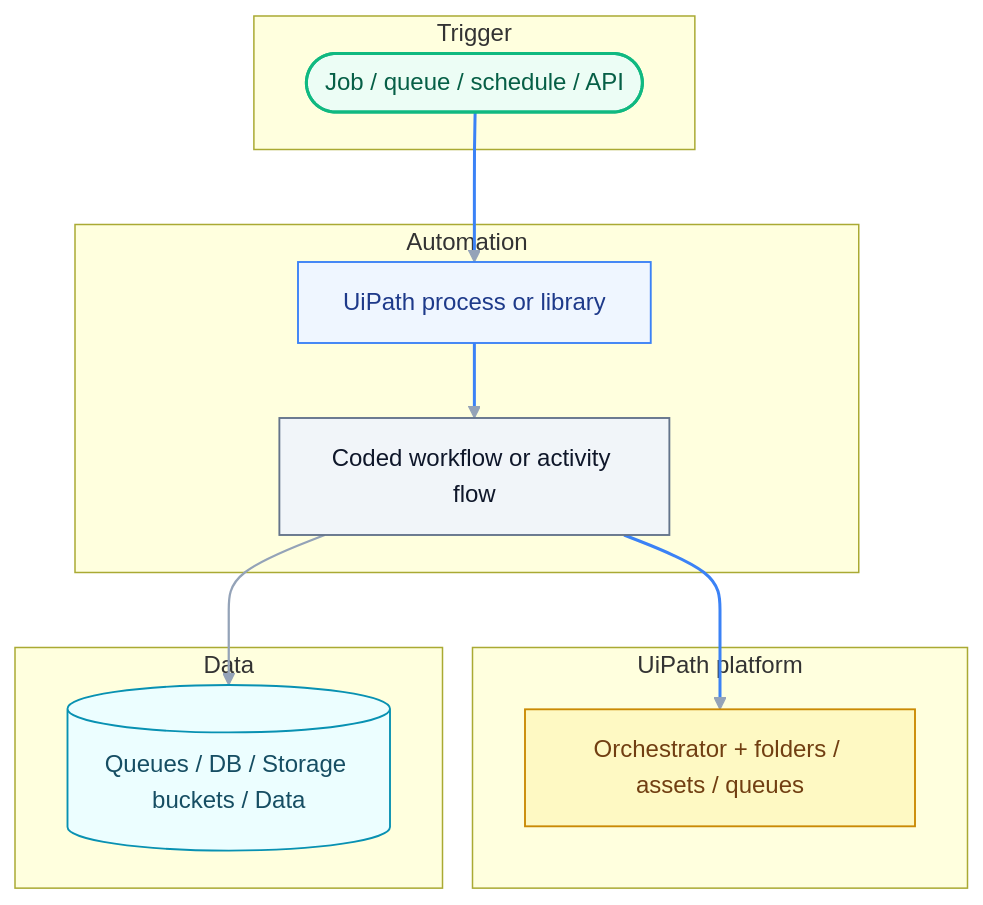
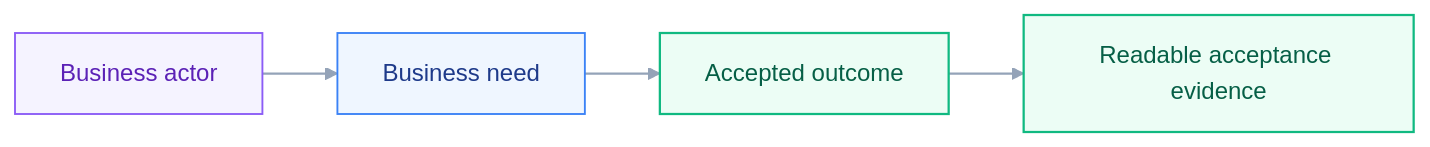
The first of 2 diagrams in templates/uiplan/_spec-template.md (DanielaRosenn/uiplan-agent-of-agents), drawn with Mermaid before and after one commit. The commit also changed other lines of this file and 6 other files, not shown here.

First line of the commit message:
uiplan: keep spec lightweight and human-readable

````diff
--- a/templates/uiplan/_spec-template.md
+++ b/templates/uiplan/_spec-template.md
@@ -83,29 +89,13 @@
 ```mermaid
-flowchart TB
-  subgraph Entry["Trigger"]
-    Trig([Job / queue / schedule / API]):::start
-  end
-  subgraph Auto["Automation"]
-    Pkg[UiPath process or library]:::service
-    Logic[Coded workflow or activity flow]:::process
-  end
-  subgraph Platform["UiPath platform"]
-    Orch[Orchestrator + folders / assets / queues]:::external
-  end
-  subgraph Persistence["Data"]
-    Store[(Queues / DB / Storage buckets / Data)]:::data
-  end
-  Trig --> Pkg
-  Pkg --> Logic
-  Logic --> Orch
-  Logic --> Store
-
-  classDef start    fill:#ECFDF5,stroke:#10B981,color:#065F46,stroke-width:2px
-  classDef service  fill:#EFF6FF,stroke:#3B82F6,color:#1E3A8A,stroke-width:1.25px
-  classDef process  fill:#F1F5F9,stroke:#64748B,color:#0F172A,stroke-width:1.25px
-  classDef external fill:#FEF9C3,stroke:#CA8A04,color:#713F12,stroke-width:1.25px
-  classDef data     fill:#ECFEFF,stroke:#0891B2,color:#164E63,stroke-width:1.25px
-
+flowchart LR
+  Actor[Business actor] --> Need[Business need]
+  Need --> Outcome[Accepted outcome]
+  Outcome --> Evidence[Readable acceptance evidence]
+  classDef human fill:#F5F3FF,stroke:#8B5CF6,color:#5B21B6,stroke-width:1.25px
+  classDef scope fill:#EFF6FF,stroke:#3B82F6,color:#1E3A8A,stroke-width:1.25px
+  classDef outcome fill:#ECFDF5,stroke:#10B981,color:#065F46,stroke-width:1.5px
+  class Actor human
+  class Need scope
+  class Outcome,Evidence outcome
   linkStyle default stroke:#94A3B8,stroke-width:1.5px
-  linkStyle 0,1,2 stroke:#3B82F6,stroke-width:2px
 ```
````
